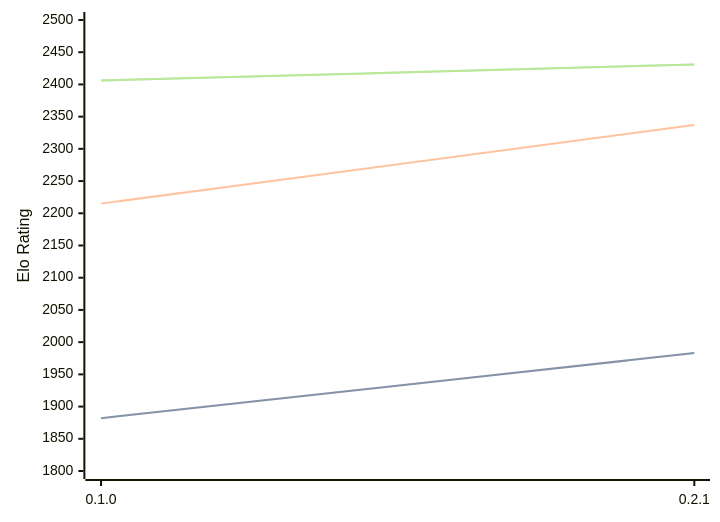
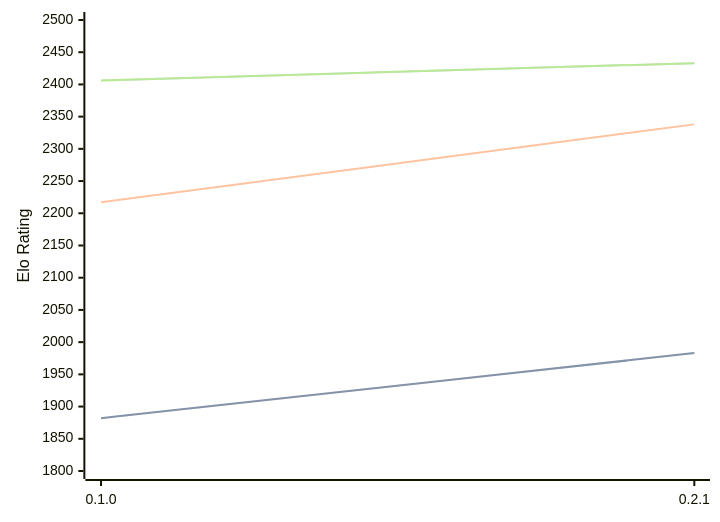
One commit to computer-chess-index/cci changed the diagram in engines/Sykora.md. Above: the diagram before and after it, drawn with Mermaid. The commit also changed other lines of this file, not shown here.

Commit message:
Update CCI Ratings (ELO VLTC) - 2026-06-11

````diff
--- a/engines/Sykora.md
+++ b/engines/Sykora.md
@@ -33,11 +33,11 @@
 ```mermaid
 %%{init: {"theme":"base","themeVariables":{"seriesColors:['#a3a3a3','#222221','#faa371']}}}%%
 xychart-beta
   x-axis ["0.1.0", "0.2.1"]
   y-axis "Elo Rating" 1800 --> 2500
   line "STC (8.0+0.08s)" [1882, 1983]
   line "STC (8.0+0.08s)" [1882, 1983]
-  line "LTC (60.0+0.60s)" [2215, 2337]
-  line "VLTC (2m24s+1.12s)" [2406, 2431]
-  line "VLTC (2m24s+1.12s)" [2406, 2431]
+  line "LTC (60.0+0.60s)" [2217, 2338]
+  line "VLTC (2m24s+1.12s)" [2406, 2433]
+  line "VLTC (2m24s+1.12s)" [2406, 2433]
 ```
````
